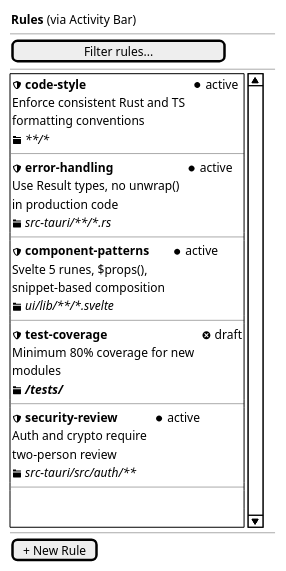
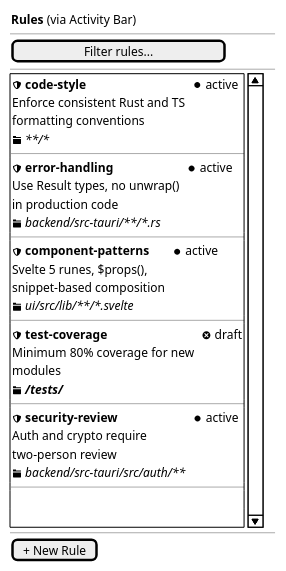
The second of 5 diagrams in .orqa/documentation/wireframes/artifact-browser.md (orqastudio/app), drawn with PlantUML before and after one commit. The commit also changed other lines of this file and 508 other files, not shown here.

````diff
--- a/.orqa/documentation/wireframes/artifact-browser.md
+++ b/.orqa/documentation/wireframes/artifact-browser.md
@@ -87,51 +87,51 @@
 ```plantuml
 @startsalt
 {
   { <b>Rules</b> (via Activity Bar) }
   ---
   [Filter rules...           ]
   ---
   {SI
     {
       <&shield> <b>code-style</b> | . | <&media-record> active
       Enforce consistent Rust and TS
       formatting conventions
       <i><&folder> **/*</i>
     }
     ---
     {
       <&shield> <b>error-handling</b> | . | <&media-record> active
       Use Result types, no unwrap()
       in production code
-      <i><&folder> src-tauri/**/*.rs</i>
+      <i><&folder> backend/src-tauri/**/*.rs</i>
     }
     ---
     {
       <&shield> <b>component-patterns</b> | . | <&media-record> active
       Svelte 5 runes, $props(),
       snippet-based composition
-      <i><&folder> ui/lib/**/*.svelte</i>
+      <i><&folder> ui/src/lib/**/*.svelte</i>
     }
     ---
     {
       <&shield> <b>test-coverage</b> | . | <&circle-x> draft
       Minimum 80% coverage for new
       modules
       <i><&folder> **/tests/**</i>
     }
     ---
     {
       <&shield> <b>security-review</b> | . | <&media-record> active
       Auth and crypto require
       two-person review
-      <i><&folder> src-tauri/src/auth/**</i>
+      <i><&folder> backend/src-tauri/src/auth/**</i>
     }
     ---
     .
     .
   }
   ---
   [+ New Rule]
 }
 @endsalt
 ```
````
